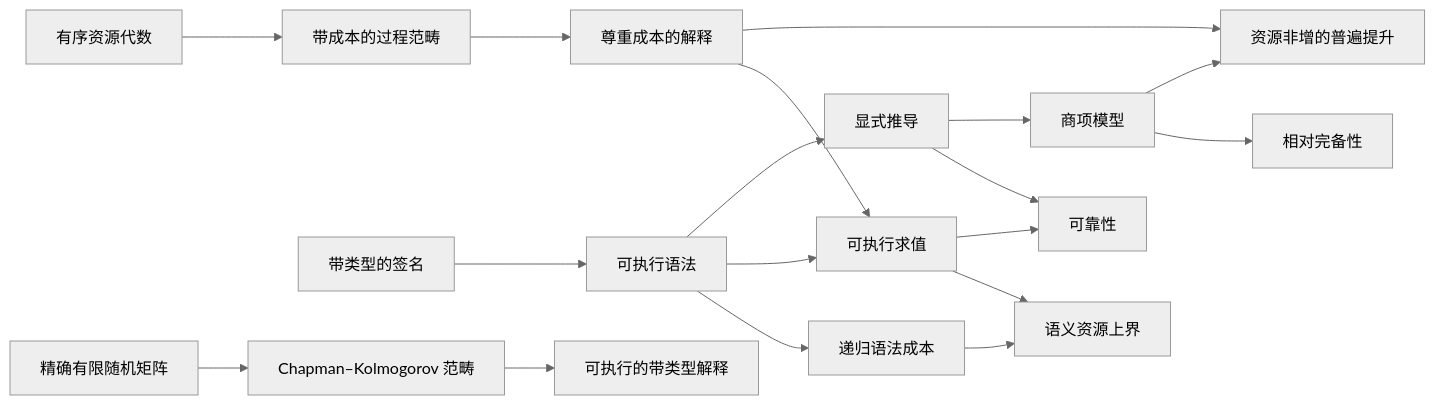
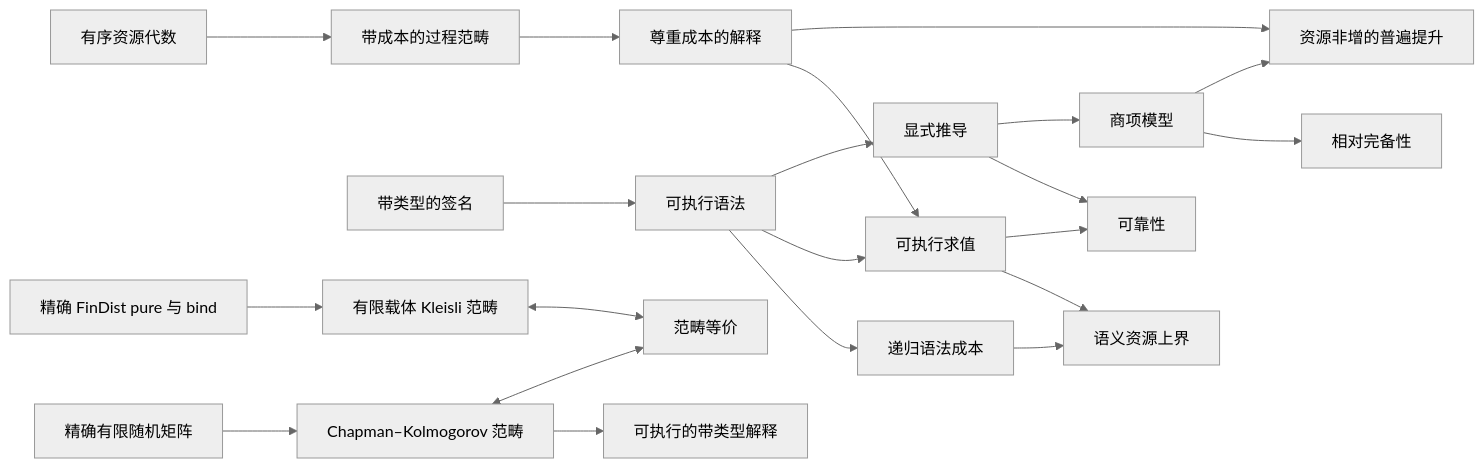
Before and after one commit to miuchan/ript: the diagram in docs/README.zh-CN.md, drawn with Mermaid (neutral theme). The commit also changed other lines of this file and 13 other files, not shown here.

````diff
--- a/docs/README.zh-CN.md
+++ b/docs/README.zh-CN.md
@@ -200,20 +218,23 @@
 ```mermaid
 flowchart LR
   R["有序资源代数"] --> C["带成本的过程范畴"]
   S["带类型的签名"] --> X["可执行语法"]
   X --> K["递归语法成本"]
   C --> I["尊重成本的解释"]
   X --> E["可执行求值"]
   I --> E
   K --> B["语义资源上界"]
   E --> B
   X --> D["显式推导"]
   D --> SO["可靠性"]
   E --> SO
   D --> T["商项模型"]
   T --> CO["相对完备性"]
   I --> U["资源非增的普遍提升"]
   T --> U
   F["精确有限随机矩阵"] --> CK["Chapman–Kolmogorov 范畴"]
   CK --> EX["可执行的带类型解释"]
+  FD["精确 FinDist pure 与 bind"] --> KL["有限载体 Kleisli 范畴"]
+  CK <--> EQ["范畴等价"]
+  KL <--> EQ
 ```
````
